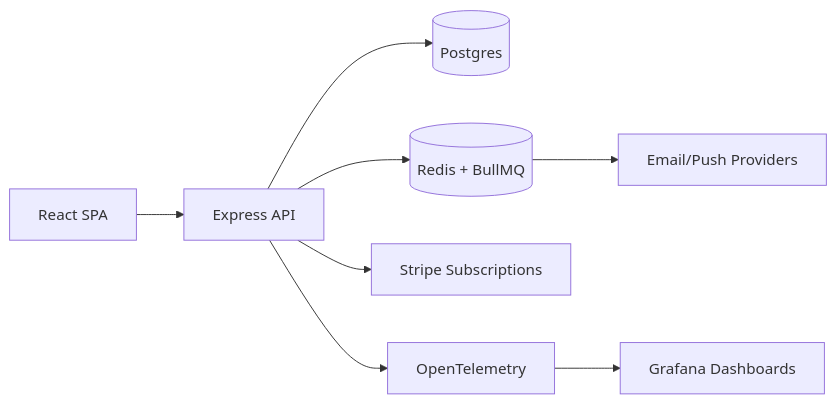
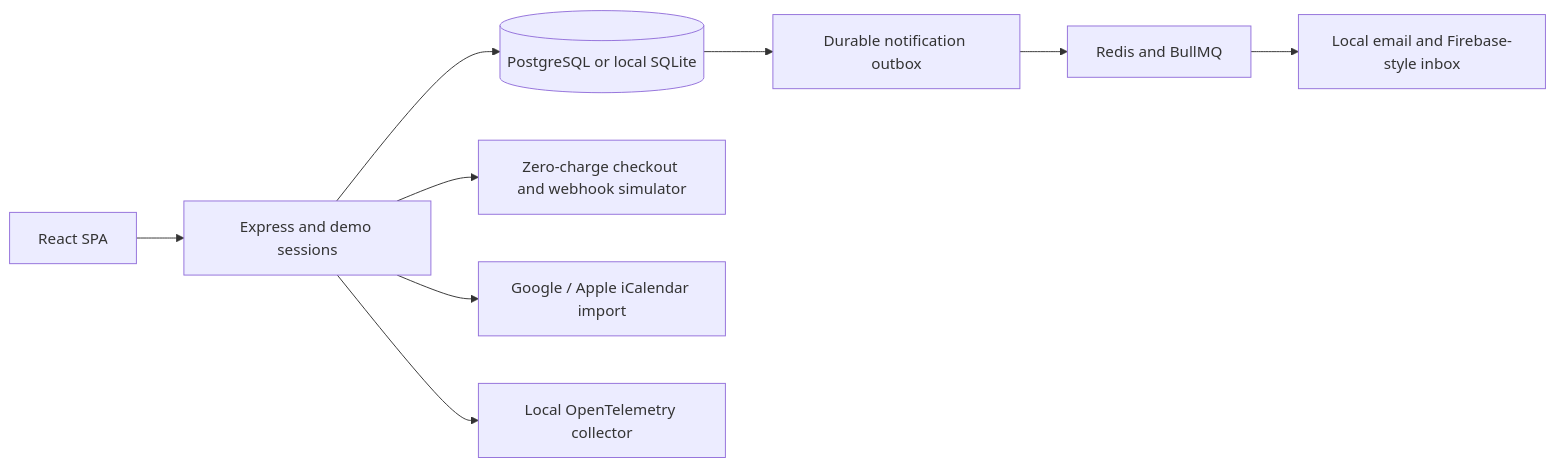
Before and after one commit to MirceaStefanescu/Portfolio: the diagram in Habit Tracker & Routine Coach SaaS/README.md, drawn with Mermaid. The commit also changed other lines of this file and 356 other files, not shown here.

````diff
--- a/Habit Tracker & Routine Coach SaaS/README.md
+++ b/Habit Tracker & Routine Coach SaaS/README.md
@@ -54,10 +104,11 @@
 ```mermaid
 flowchart LR
-  UI[React SPA] --> API[Express API]
-  API --> DB[(Postgres)]
-  API --> Queue[(Redis + BullMQ)]
-  Queue --> Notify[Email/Push Providers]
-  API --> Stripe[Stripe Subscriptions]
-  API --> Obs[OpenTelemetry]
-  Obs --> Grafana[Grafana Dashboards]
+  UI[React SPA] --> API[Express and demo sessions]
+  API --> DB[(PostgreSQL or local SQLite)]
+  DB --> Outbox[Durable notification outbox]
+  Outbox --> Queue[Redis and BullMQ]
+  Queue --> Inbox[Local email and Firebase-style inbox]
+  API --> Billing[Zero-charge checkout and webhook simulator]
+  API --> Calendar[Google / Apple iCalendar import]
+  API --> OTel[Local OpenTelemetry collector]
 ```
````
